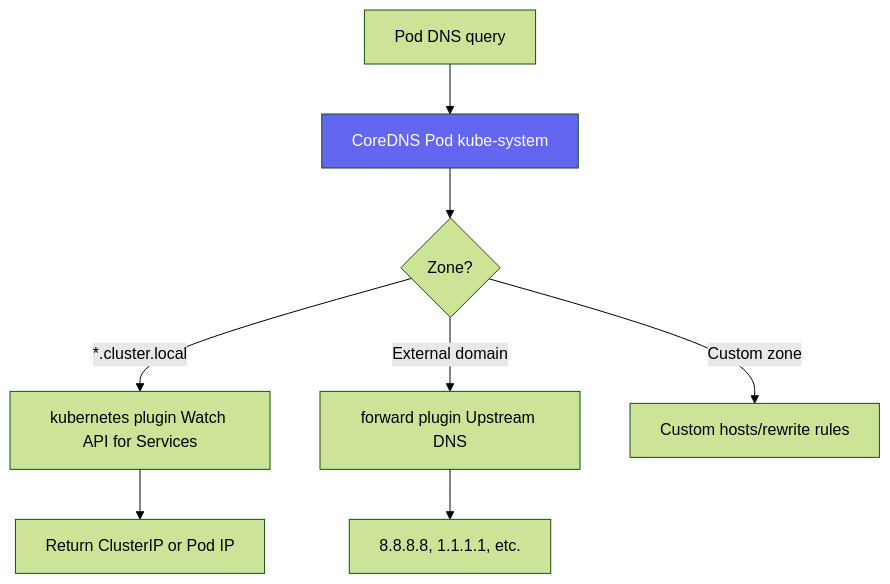
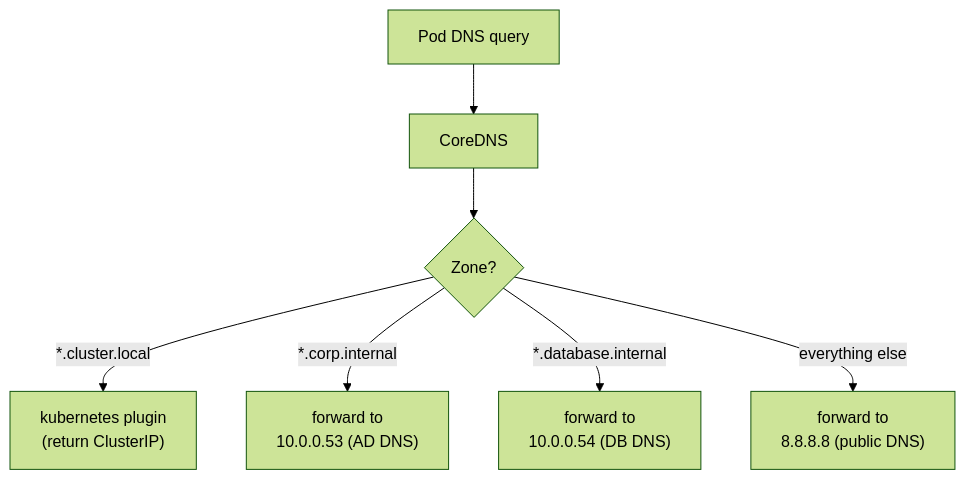
Before and after one commit to UncleJS/course_k3s: the fourth of 6 diagrams in 04_networking/03_dns_coredns.md, drawn with Mermaid (forest theme). The commit also changed other lines of this file and 45 other files, not shown here.

First line of the commit message:
Expand all course lessons: Mermaid diagrams + rich prose across 43 files

````diff
--- a/04_networking/03_dns_coredns.md
+++ b/04_networking/03_dns_coredns.md
@@ -63,12 +312,9 @@
 ```mermaid
 flowchart TD
-    POD[Pod DNS query] --> COREDNS[CoreDNS Pod kube-system]
-    COREDNS --> ZONES{Zone?}
-    ZONES -->|"*.cluster.local"| K8S[kubernetes plugin Watch API for Services]
-    ZONES -->|"External domain"| FWD[forward plugin Upstream DNS]
-    ZONES -->|"Custom zone"| CUSTOM[Custom hosts/rewrite rules]
-    K8S --> SVC[Return ClusterIP or Pod IP]
-    FWD --> UPSTREAM[8.8.8.8, 1.1.1.1, etc.]
-
-    style COREDNS fill:#6366f1,color:#fff
+    POD["Pod DNS query"] --> COREDNS["CoreDNS"]
+    COREDNS --> Z1{"Zone?"}
+    Z1 -->|"*.cluster.local"| K8SPLUGIN["kubernetes plugin<br/>(return ClusterIP)"]
+    Z1 -->|"*.corp.internal"| CORPNS["forward to<br/>10.0.0.53 (AD DNS)"]
+    Z1 -->|"*.database.internal"| DBNS["forward to<br/>10.0.0.54 (DB DNS)"]
+    Z1 -->|"everything else"| PUBLICNS["forward to<br/>8.8.8.8 (public DNS)"]
 ```
````
